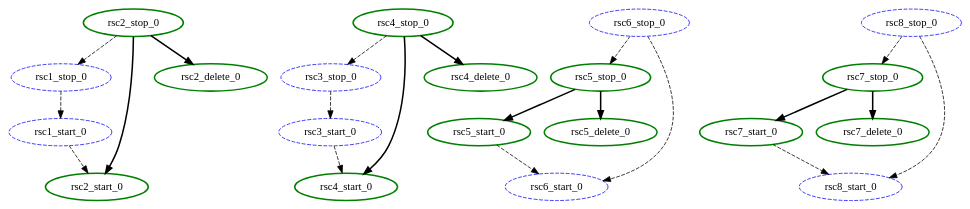
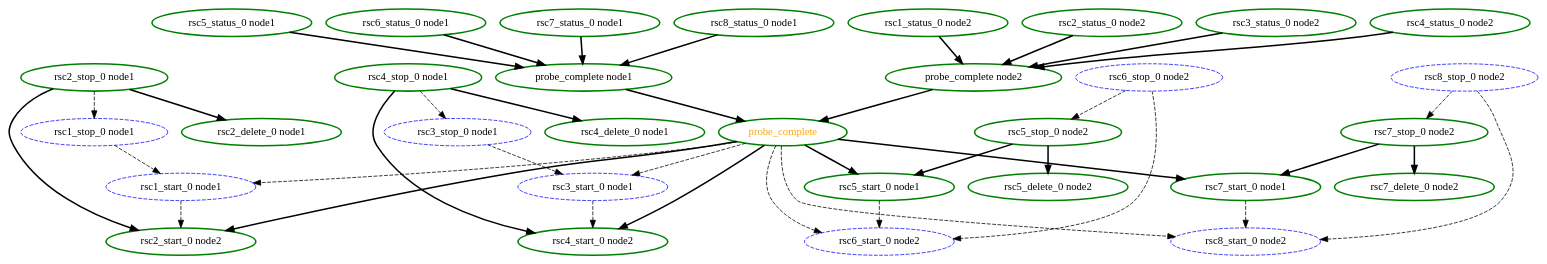
One commit to richiewen8/heartbeat changed the diagram in crm/pengine/testcases/order5.dot. Above: the diagram before and after it, drawn with Graphviz. The commit also changed 229 other files, not shown here.

```diff
--- a/crm/pengine/testcases/order5.dot
+++ b/crm/pengine/testcases/order5.dot
@@ -1,43 +1,72 @@
 digraph "g" {
 	size = "30,30"
-"rsc1_stop_0" [ style="dashed" color="blue" fontcolor="black" ]
-"rsc1_start_0" [ style="dashed" color="blue" fontcolor="black" ]
-"rsc2_stop_0" [ tooltip="node1" style=bold color="green" fontcolor="black" ]
-"rsc2_start_0" [ tooltip="node2" style=bold color="green" fontcolor="black" ]
-"rsc2_delete_0" [ tooltip="node1" style=bold color="green" fontcolor="black" ]
-"rsc3_stop_0" [ style="dashed" color="blue" fontcolor="black" ]
-"rsc3_start_0" [ style="dashed" color="blue" fontcolor="black" ]
-"rsc4_stop_0" [ tooltip="node1" style=bold color="green" fontcolor="black" ]
-"rsc4_start_0" [ tooltip="node2" style=bold color="green" fontcolor="black" ]
-"rsc4_delete_0" [ tooltip="node1" style=bold color="green" fontcolor="black" ]
-"rsc5_stop_0" [ tooltip="node2" style=bold color="green" fontcolor="black" ]
-"rsc5_start_0" [ tooltip="node1" style=bold color="green" fontcolor="black" ]
-"rsc5_delete_0" [ tooltip="node2" style=bold color="green" fontcolor="black" ]
-"rsc6_stop_0" [ style="dashed" color="blue" fontcolor="black" ]
-"rsc6_start_0" [ style="dashed" color="blue" fontcolor="black" ]
-"rsc7_stop_0" [ tooltip="node2" style=bold color="green" fontcolor="black" ]
-"rsc7_start_0" [ tooltip="node1" style=bold color="green" fontcolor="black" ]
-"rsc7_delete_0" [ tooltip="node2" style=bold color="green" fontcolor="black" ]
-"rsc8_stop_0" [ style="dashed" color="blue" fontcolor="black" ]
-"rsc8_start_0" [ style="dashed" color="blue" fontcolor="black" ]
-"rsc2_stop_0" -> "rsc1_stop_0" [ style = dashed]
-"rsc1_stop_0" -> "rsc1_start_0" [ style = dashed]
-"rsc1_start_0" -> "rsc2_start_0" [ style = dashed]
-"rsc2_stop_0" -> "rsc2_start_0" [ style = bold]
-"rsc2_stop_0" -> "rsc2_delete_0" [ style = bold]
-"rsc4_stop_0" -> "rsc3_stop_0" [ style = dashed]
-"rsc3_stop_0" -> "rsc3_start_0" [ style = dashed]
-"rsc3_start_0" -> "rsc4_start_0" [ style = dashed]
-"rsc4_stop_0" -> "rsc4_start_0" [ style = bold]
-"rsc4_stop_0" -> "rsc4_delete_0" [ style = bold]
-"rsc6_stop_0" -> "rsc5_stop_0" [ style = dashed]
-"rsc5_stop_0" -> "rsc5_start_0" [ style = bold]
-"rsc5_stop_0" -> "rsc5_delete_0" [ style = bold]
-"rsc5_start_0" -> "rsc6_start_0" [ style = dashed]
-"rsc6_stop_0" -> "rsc6_start_0" [ style = dashed]
-"rsc8_stop_0" -> "rsc7_stop_0" [ style = dashed]
-"rsc7_stop_0" -> "rsc7_start_0" [ style = bold]
-"rsc7_stop_0" -> "rsc7_delete_0" [ style = bold]
-"rsc7_start_0" -> "rsc8_start_0" [ style = dashed]
-"rsc8_stop_0" -> "rsc8_start_0" [ style = dashed]
+"probe_complete" [ style=bold color="green" fontcolor="orange" ]
+"probe_complete node1" [ style=bold color="green" fontcolor="black" ]
+"rsc5_status_0 node1" [ style=bold color="green" fontcolor="black" ]
+"rsc6_status_0 node1" [ style=bold color="green" fontcolor="black" ]
+"rsc7_status_0 node1" [ style=bold color="green" fontcolor="black" ]
+"rsc8_status_0 node1" [ style=bold color="green" fontcolor="black" ]
+"probe_complete node2" [ style=bold color="green" fontcolor="black" ]
+"rsc1_status_0 node2" [ style=bold color="green" fontcolor="black" ]
+"rsc2_status_0 node2" [ style=bold color="green" fontcolor="black" ]
+"rsc3_status_0 node2" [ style=bold color="green" fontcolor="black" ]
+"rsc4_status_0 node2" [ style=bold color="green" fontcolor="black" ]
+"rsc1_stop_0 node1" [ style="dashed" color="blue" fontcolor="black" ]
+"rsc1_start_0 node1" [ style="dashed" color="blue" fontcolor="black" ]
+"rsc2_stop_0 node1" [ style=bold color="green" fontcolor="black" ]
+"rsc2_start_0 node2" [ style=bold color="green" fontcolor="black" ]
+"rsc2_delete_0 node1" [ style=bold color="green" fontcolor="black" ]
+"rsc3_stop_0 node1" [ style="dashed" color="blue" fontcolor="black" ]
+"rsc3_start_0 node1" [ style="dashed" color="blue" fontcolor="black" ]
+"rsc4_stop_0 node1" [ style=bold color="green" fontcolor="black" ]
+"rsc4_start_0 node2" [ style=bold color="green" fontcolor="black" ]
+"rsc4_delete_0 node1" [ style=bold color="green" fontcolor="black" ]
+"rsc5_stop_0 node2" [ style=bold color="green" fontcolor="black" ]
+"rsc5_start_0 node1" [ style=bold color="green" fontcolor="black" ]
+"rsc5_delete_0 node2" [ style=bold color="green" fontcolor="black" ]
+"rsc6_stop_0 node2" [ style="dashed" color="blue" fontcolor="black" ]
+"rsc6_start_0 node2" [ style="dashed" color="blue" fontcolor="black" ]
+"rsc7_stop_0 node2" [ style=bold color="green" fontcolor="black" ]
+"rsc7_start_0 node1" [ style=bold color="green" fontcolor="black" ]
+"rsc7_delete_0 node2" [ style=bold color="green" fontcolor="black" ]
+"rsc8_stop_0 node2" [ style="dashed" color="blue" fontcolor="black" ]
+"rsc8_start_0 node2" [ style="dashed" color="blue" fontcolor="black" ]
+"probe_complete node1" -> "probe_complete" [ style = bold]
+"probe_complete node2" -> "probe_complete" [ style = bold]
+"rsc5_status_0 node1" -> "probe_complete node1" [ style = bold]
+"rsc6_status_0 node1" -> "probe_complete node1" [ style = bold]
+"rsc7_status_0 node1" -> "probe_complete node1" [ style = bold]
+"rsc8_status_0 node1" -> "probe_complete node1" [ style = bold]
+"rsc1_status_0 node2" -> "probe_complete node2" [ style = bold]
+"rsc2_status_0 node2" -> "probe_complete node2" [ style = bold]
+"rsc3_status_0 node2" -> "probe_complete node2" [ style = bold]
+"rsc4_status_0 node2" -> "probe_complete node2" [ style = bold]
+"rsc2_stop_0 node1" -> "rsc1_stop_0 node1" [ style = dashed]
+"probe_complete" -> "rsc1_start_0 node1" [ style = dashed]
+"rsc1_stop_0 node1" -> "rsc1_start_0 node1" [ style = dashed]
+"probe_complete" -> "rsc2_start_0 node2" [ style = bold]
+"rsc1_start_0 node1" -> "rsc2_start_0 node2" [ style = dashed]
+"rsc2_stop_0 node1" -> "rsc2_start_0 node2" [ style = bold]
+"rsc2_stop_0 node1" -> "rsc2_delete_0 node1" [ style = bold]
+"rsc4_stop_0 node1" -> "rsc3_stop_0 node1" [ style = dashed]
+"probe_complete" -> "rsc3_start_0 node1" [ style = dashed]
+"rsc3_stop_0 node1" -> "rsc3_start_0 node1" [ style = dashed]
+"probe_complete" -> "rsc4_start_0 node2" [ style = bold]
+"rsc3_start_0 node1" -> "rsc4_start_0 node2" [ style = dashed]
+"rsc4_stop_0 node1" -> "rsc4_start_0 node2" [ style = bold]
+"rsc4_stop_0 node1" -> "rsc4_delete_0 node1" [ style = bold]
+"rsc6_stop_0 node2" -> "rsc5_stop_0 node2" [ style = dashed]
+"probe_complete" -> "rsc5_start_0 node1" [ style = bold]
+"rsc5_stop_0 node2" -> "rsc5_start_0 node1" [ style = bold]
+"rsc5_stop_0 node2" -> "rsc5_delete_0 node2" [ style = bold]
+"rsc5_start_0 node1" -> "rsc6_start_0 node2" [ style = dashed]
+"probe_complete" -> "rsc6_start_0 node2" [ style = dashed]
+"rsc6_stop_0 node2" -> "rsc6_start_0 node2" [ style = dashed]
+"rsc8_stop_0 node2" -> "rsc7_stop_0 node2" [ style = dashed]
+"probe_complete" -> "rsc7_start_0 node1" [ style = bold]
+"rsc7_stop_0 node2" -> "rsc7_start_0 node1" [ style = bold]
+"rsc7_stop_0 node2" -> "rsc7_delete_0 node2" [ style = bold]
+"rsc7_start_0 node1" -> "rsc8_start_0 node2" [ style = dashed]
+"probe_complete" -> "rsc8_start_0 node2" [ style = dashed]
+"rsc8_stop_0 node2" -> "rsc8_start_0 node2" [ style = dashed]
 }
```
